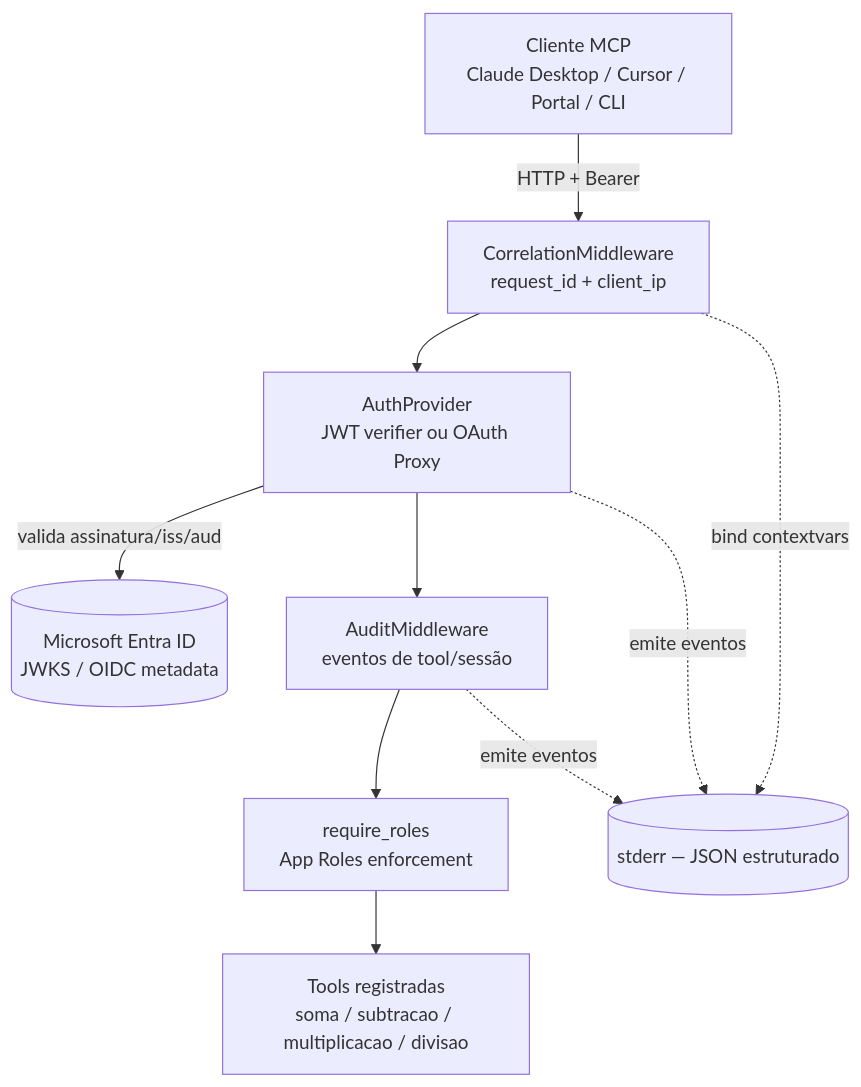
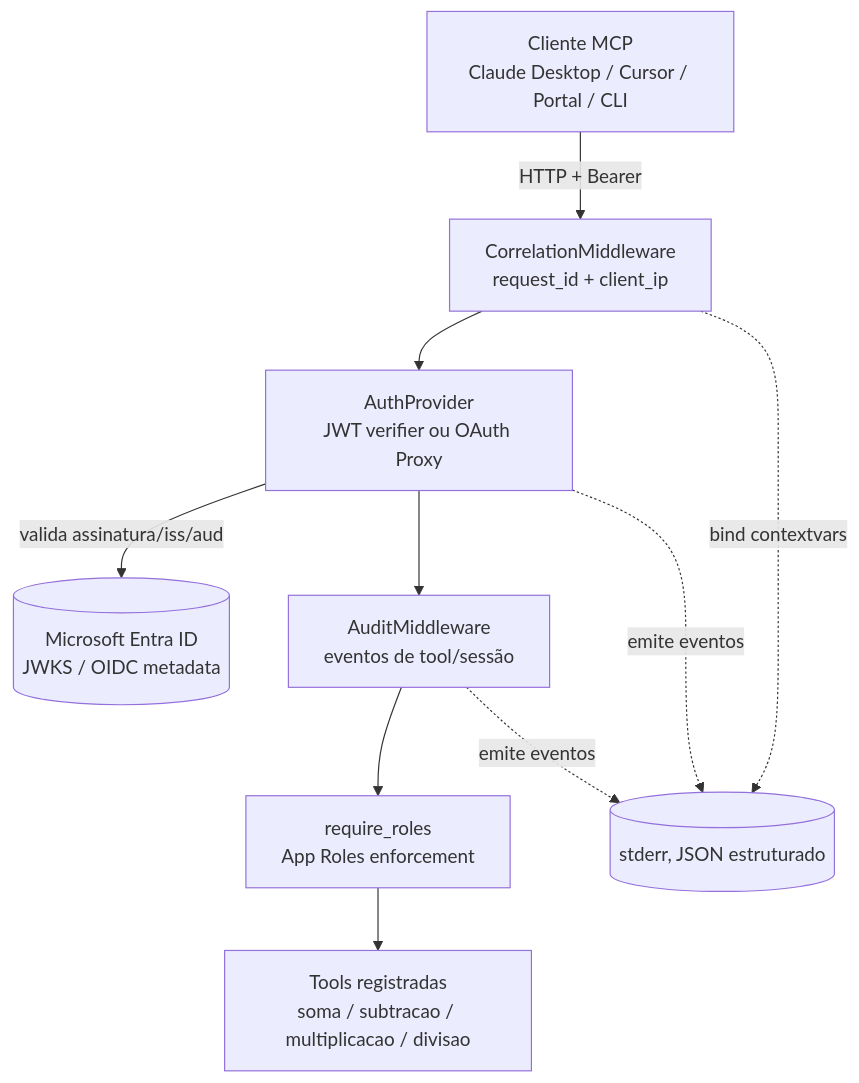
The first of 3 diagrams in README.md (thiagorufino1/fastmcp-auth-entraid), drawn with Mermaid before and after one commit. The commit also changed other lines of this file and 3 other files, not shown here.

````diff
--- a/README.md
+++ b/README.md
@@ -77,21 +77,21 @@
 ```mermaid
 flowchart TD
     Client[Cliente MCP<br/>Claude Desktop / Cursor / Portal / CLI]
     Correlation[CorrelationMiddleware<br/>request_id + client_ip]
     Auth[AuthProvider<br/>JWT verifier ou OAuth Proxy]
     Entra[(Microsoft Entra ID<br/>JWKS / OIDC metadata)]
     Audit[AuditMiddleware<br/>eventos de tool/sessão]
     Tools[Tools registradas<br/>soma / subtracao / multiplicacao / divisao]
     AuthCheck[require_roles<br/>App Roles enforcement]
-    Logs[(stderr — JSON estruturado)]
+    Logs[(stderr, JSON estruturado)]
 
     Client -- HTTP + Bearer --> Correlation
     Correlation --> Auth
     Auth -- valida assinatura/iss/aud --> Entra
     Auth --> Audit
     Audit --> AuthCheck
     AuthCheck --> Tools
     Correlation -. bind contextvars .-> Logs
     Audit -. emite eventos .-> Logs
     Auth -. emite eventos .-> Logs
 ```
````
